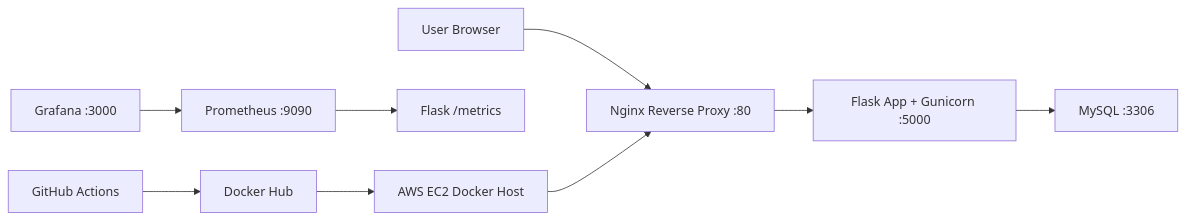
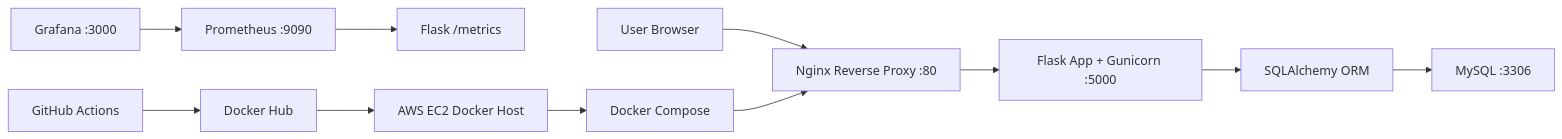
The first of 8 diagrams in docs/project-book.md (a0527645787-oss/world-cup-seat-booking-devops), drawn with Mermaid before and after one commit. The commit also changed other lines of this file and 1 other file, not shown here.

````diff
--- a/docs/project-book.md
+++ b/docs/project-book.md
@@ -190,11 +170,13 @@
 ```mermaid
 flowchart LR
     User["User Browser"] --> Nginx["Nginx Reverse Proxy :80"]
     Nginx --> App["Flask App + Gunicorn :5000"]
-    App --> DB["MySQL :3306"]
+    App --> ORM["SQLAlchemy ORM"]
+    ORM --> DB["MySQL :3306"]
     Prometheus["Prometheus :9090"] --> Metrics["Flask /metrics"]
     Grafana["Grafana :3000"] --> Prometheus
     GitHub["GitHub Actions"] --> DockerHub["Docker Hub"]
     DockerHub --> EC2["AWS EC2 Docker Host"]
-    EC2 --> Nginx
+    EC2 --> Compose["Docker Compose"]
+    Compose --> Nginx
 ```
````
